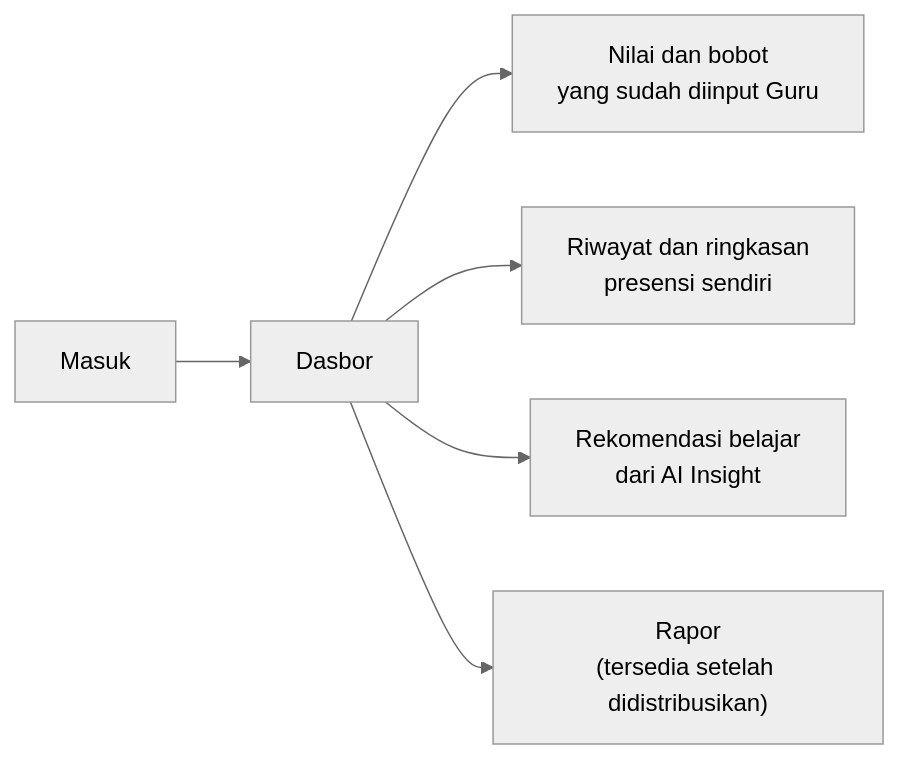
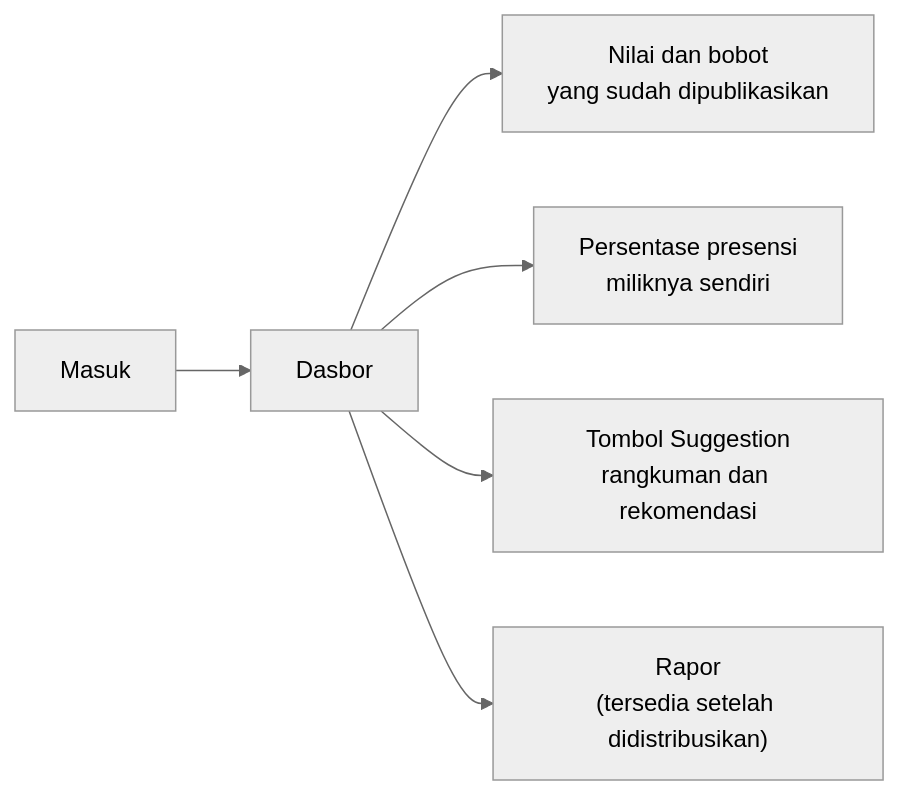
The fourth of 5 diagrams in PRD.md (Korean-Asean-Digital-Academy-Batch-4/Docs), drawn with Mermaid (neutral theme) before and after one commit. The commit also changed other lines of this file, not shown here.

First line of the commit message:
docs(prd): selaraskan PRD v2.1 dengan baseline MVP dan koreksi tim

````diff
--- a/PRD.md
+++ b/PRD.md
@@ -214,8 +228,8 @@
 ```mermaid
 flowchart LR
     A["Masuk"] --> B["Dasbor"]
-    B --> C["Nilai dan bobot<br/>yang sudah diinput Guru"]
-    B --> D["Riwayat dan ringkasan<br/>presensi sendiri"]
-    B --> E["Rekomendasi belajar<br/>dari AI Insight"]
+    B --> C["Nilai dan bobot<br/>yang sudah dipublikasikan"]
+    B --> D["Persentase presensi<br/>miliknya sendiri"]
+    B --> E["Tombol Suggestion<br/>rangkuman dan rekomendasi"]
     B --> F["Rapor<br/>(tersedia setelah didistribusikan)"]
 ```
````
